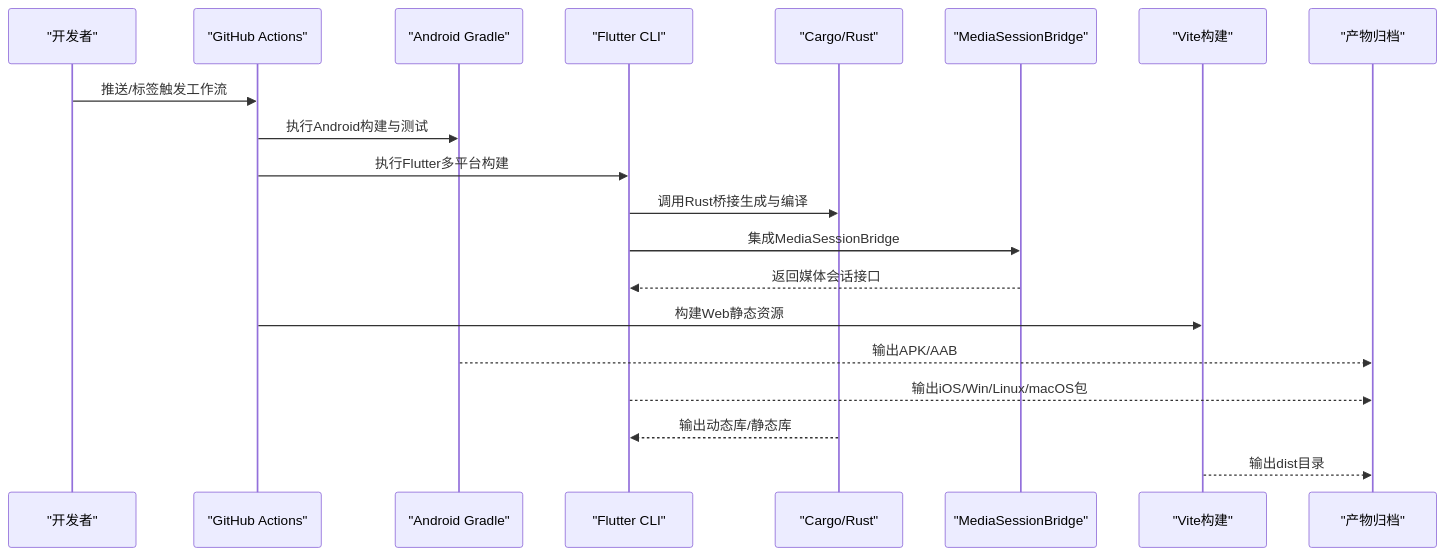
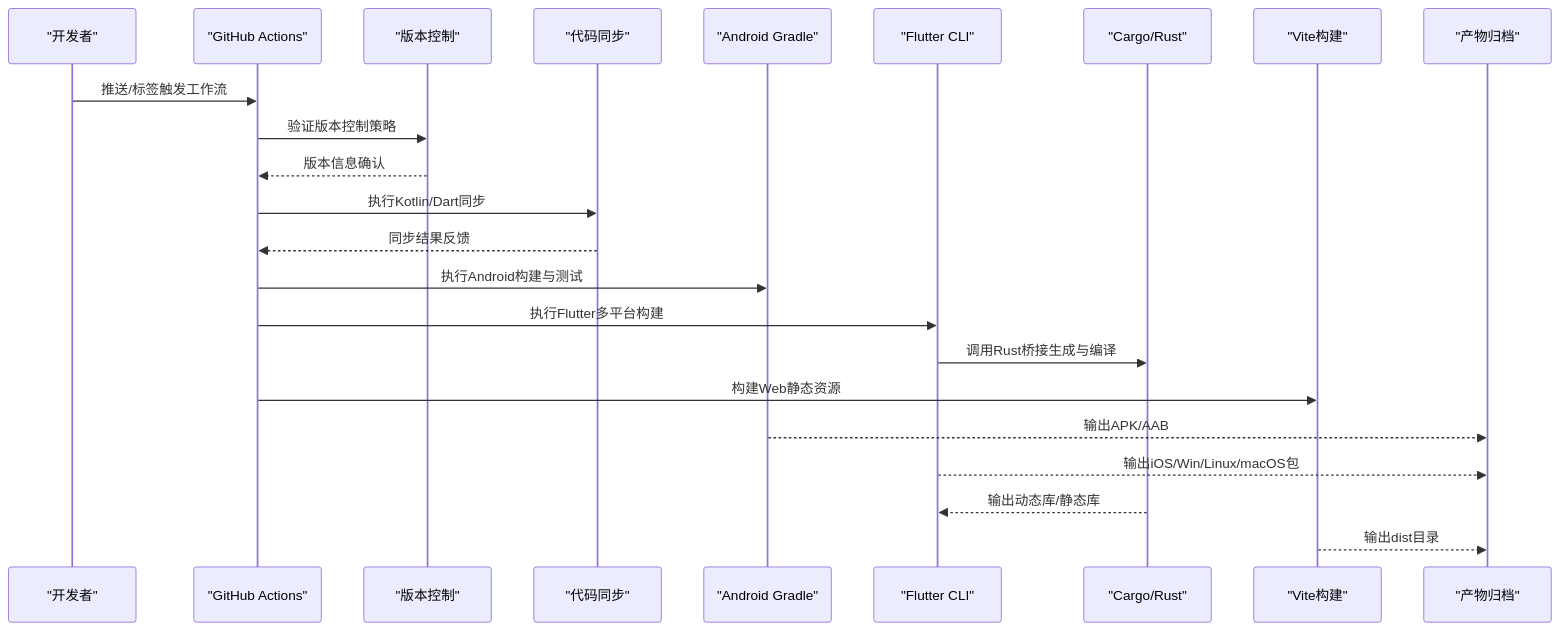
One commit to ZhangGHGitHub/LegadoTeamFlutter changed the second of 9 diagrams in .qoder/repowiki/zh/content/构建和部署/构建和部署.md. Above: the diagram before and after it, drawn with Mermaid. The commit also changed other lines of this file and 68 other files, not shown here.

````diff
--- a/.qoder/repowiki/zh/content/构建和部署/构建和部署.md
+++ b/.qoder/repowiki/zh/content/构建和部署/构建和部署.md
@@ -132,22 +150,25 @@
 ```mermaid
 sequenceDiagram
 participant Dev as "开发者"
 participant GH as "GitHub Actions"
+participant VC as "版本控制"
+participant SYNC as "代码同步"
 participant AG as "Android Gradle"
 participant FL as "Flutter CLI"
 participant RS as "Cargo/Rust"
-participant MSB as "MediaSessionBridge"
 participant WB as "Vite构建"
 participant OUT as "产物归档"
 Dev->>GH : 推送/标签触发工作流
+GH->>VC : 验证版本控制策略
+VC-->>GH : 版本信息确认
+GH->>SYNC : 执行Kotlin/Dart同步
+SYNC-->>GH : 同步结果反馈
 GH->>AG : 执行Android构建与测试
 GH->>FL : 执行Flutter多平台构建
 FL->>RS : 调用Rust桥接生成与编译
-FL->>MSB : 集成MediaSessionBridge
-MSB-->>FL : 返回媒体会话接口
 GH->>WB : 构建Web静态资源
 AG-->>OUT : 输出APK/AAB
 FL-->>OUT : 输出iOS/Win/Linux/macOS包
 RS-->>FL : 输出动态库/静态库
 WB-->>OUT : 输出dist目录
 ```
````
